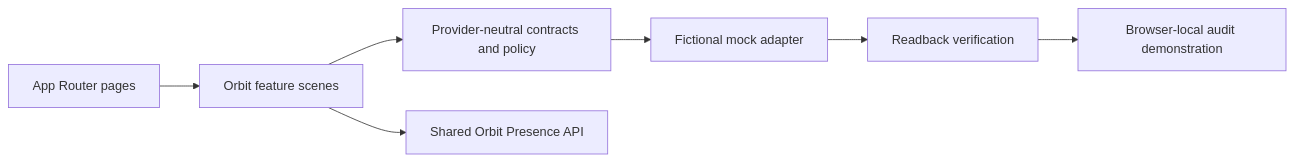
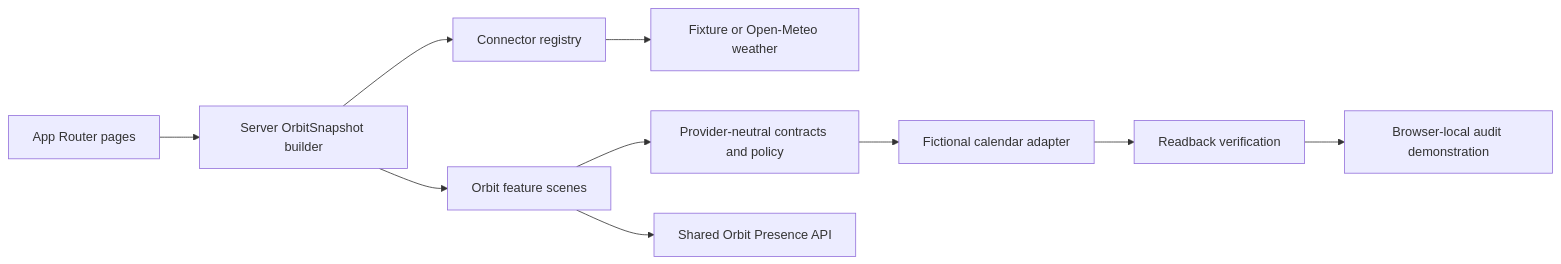
One commit to choover-prog/Orbit changed the diagram in docs/frontend/frontend-architecture.md. Above: the diagram before and after it, drawn with Mermaid. The commit also changed other lines of this file and 14 other files, not shown here.

````diff
--- a/docs/frontend/frontend-architecture.md
+++ b/docs/frontend/frontend-architecture.md
@@ -7,9 +7,12 @@
 ```mermaid
 flowchart LR
-    Routes["App Router pages"] --> Features["Orbit feature scenes"]
+    Routes["App Router pages"] --> Snapshot["Server OrbitSnapshot builder"]
+    Snapshot --> Registry["Connector registry"]
+    Registry --> Weather["Fixture or Open-Meteo weather"]
+    Snapshot --> Features["Orbit feature scenes"]
     Features --> Domain["Provider-neutral contracts and policy"]
     Features --> Presence["Shared Orbit Presence API"]
-    Domain --> Mock["Fictional mock adapter"]
+    Domain --> Mock["Fictional calendar adapter"]
     Mock --> Verify["Readback verification"]
     Verify --> History["Browser-local audit demonstration"]
 ```
````
